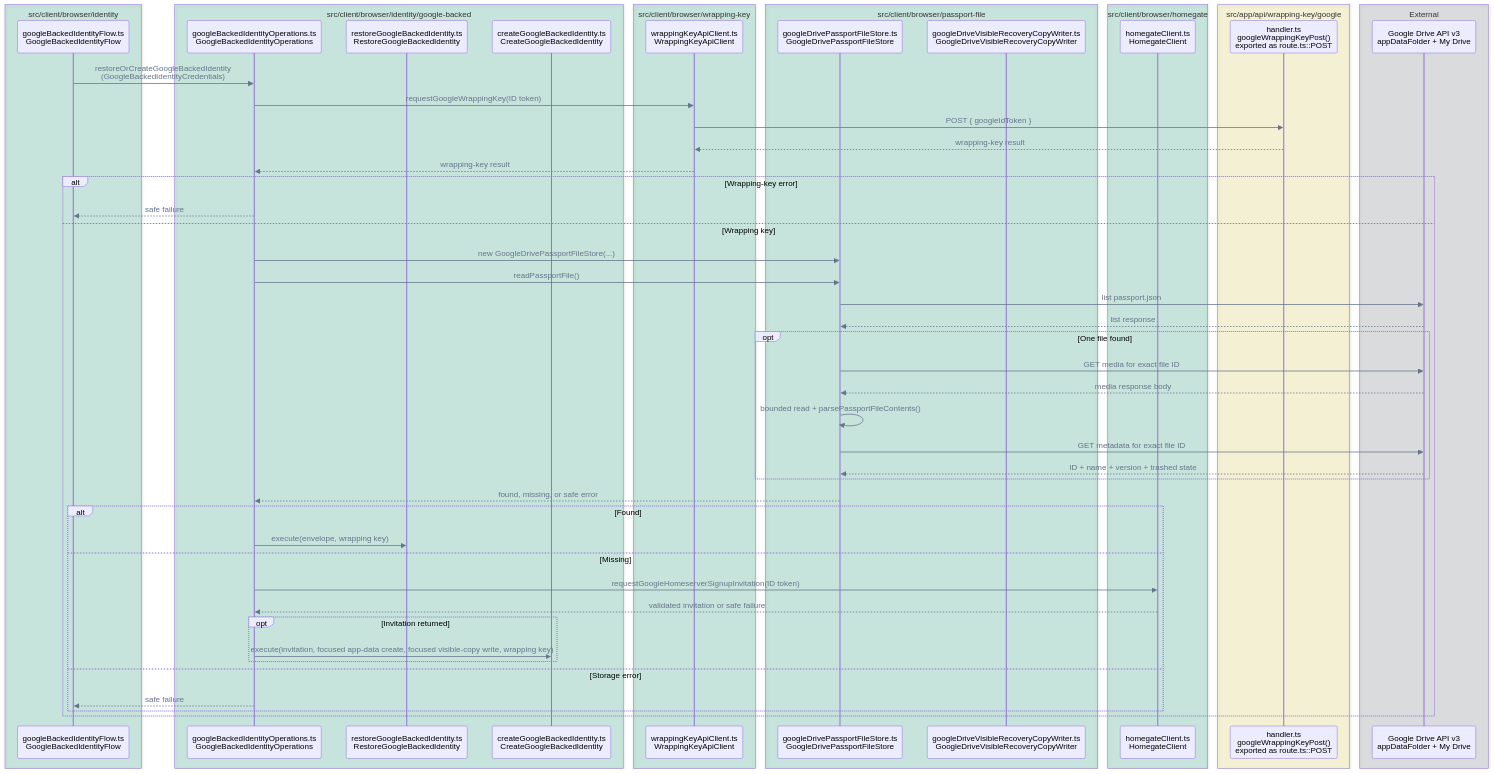
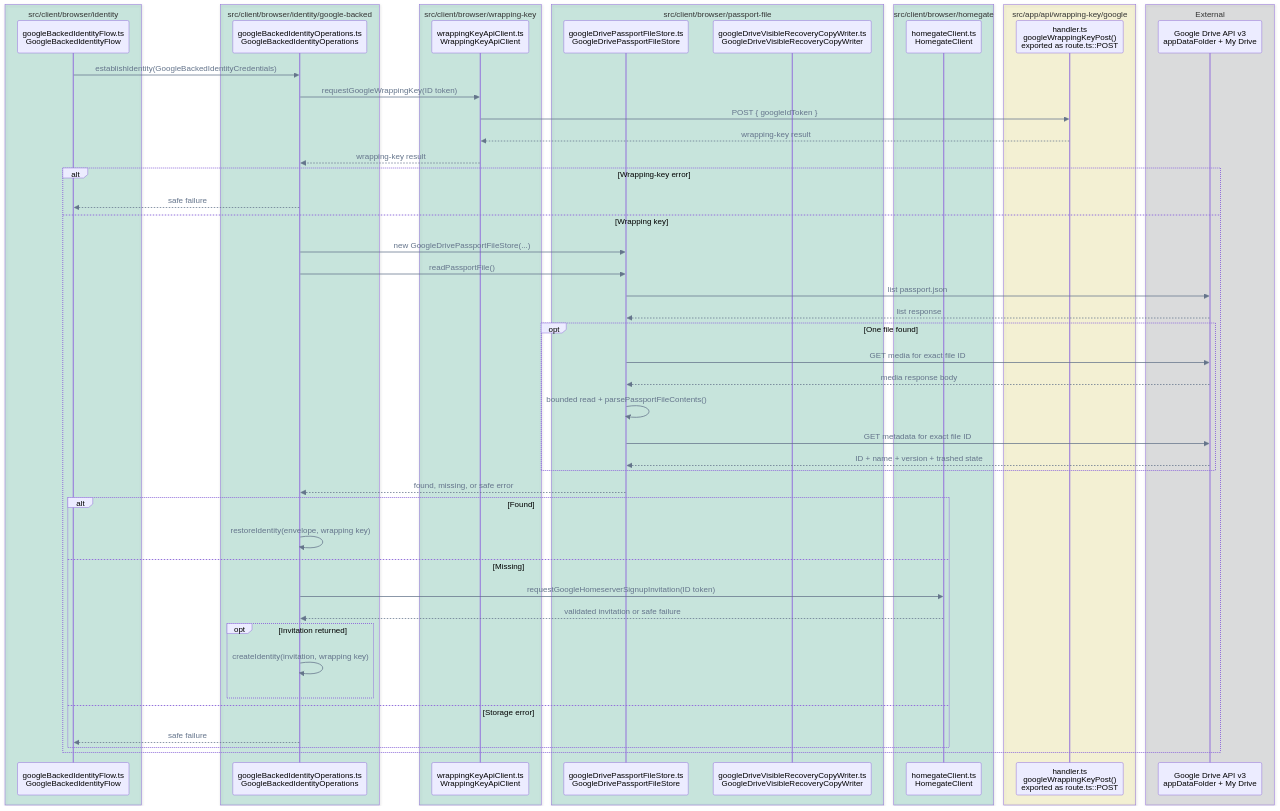
Before and after one commit to pubky/pubky-passport: the eighth of 14 diagrams in FLOWS.md, drawn with Mermaid. The commit also changed other lines of this file and 49 other files, not shown here.

Commit message:
refactor: simplify google backed identity flow and operations

````diff
--- a/FLOWS.md
+++ b/FLOWS.md
@@ -340,63 +340,61 @@
 ```mermaid
 %%{init: {"themeVariables": {"signalColor": "#64748B", "signalTextColor": "#64748B"}}}%%
 sequenceDiagram
     accTitle: Google-backed custody/recovery establishment call flow
     accDescr: GoogleBackedIdentityOperations requests a wrapping key, reads the Google Drive Passport file, and dispatches a found file to restore or requests a Homegate invitation before creating a missing identity, without passing the wrapping key to Drive storage.
     box rgba(0, 158, 115, 0.18) src/client/browser/identity
         participant GoogleFlow as googleBackedIdentityFlow.ts<br/>GoogleBackedIdentityFlow
     end
     box rgba(0, 158, 115, 0.18) src/client/browser/identity/google-backed
         participant Operations as googleBackedIdentityOperations.ts<br/>GoogleBackedIdentityOperations
-        participant Restore as restoreGoogleBackedIdentity.ts<br/>RestoreGoogleBackedIdentity
-        participant Creator as createGoogleBackedIdentity.ts<br/>CreateGoogleBackedIdentity
     end
     box rgba(0, 158, 115, 0.18) src/client/browser/wrapping-key
         participant Wrapping as wrappingKeyApiClient.ts<br/>WrappingKeyApiClient
     end
     box rgba(0, 158, 115, 0.18) src/client/browser/passport-file
         participant DriveStore as googleDrivePassportFileStore.ts<br/>GoogleDrivePassportFileStore
         participant VisibleWriter as googleDriveVisibleRecoveryCopyWriter.ts<br/>GoogleDriveVisibleRecoveryCopyWriter
     end
     box rgba(0, 158, 115, 0.18) src/client/browser/homegate
         participant Invite as homegateClient.ts<br/>HomegateClient
     end
     box rgba(240, 228, 66, 0.18) src/app/api/wrapping-key/google
         participant API as handler.ts<br/>googleWrappingKeyPost()<br/>exported as route.ts::POST
     end
     box rgba(17, 24, 39, 0.12) External
         participant Drive as Google Drive API v3<br/>appDataFolder + My Drive
     end
 
-    GoogleFlow->>Operations: restoreOrCreateGoogleBackedIdentity<br/>(GoogleBackedIdentityCredentials)
+    GoogleFlow->>Operations: establishIdentity(GoogleBackedIdentityCredentials)
     Operations->>Wrapping: requestGoogleWrappingKey(ID token)
     Wrapping->>API: POST { googleIdToken }
     API-->>Wrapping: wrapping-key result
     Wrapping-->>Operations: wrapping-key result
     alt Wrapping-key error
         Operations-->>GoogleFlow: safe failure
     else Wrapping key
         Operations->>DriveStore: new GoogleDrivePassportFileStore(...)
         Operations->>DriveStore: readPassportFile()
         DriveStore->>Drive: list passport.json
         Drive-->>DriveStore: list response
         opt One file found
             DriveStore->>Drive: GET media for exact file ID
             Drive-->>DriveStore: media response body
             DriveStore->>DriveStore: bounded read + parsePassportFileContents()
             DriveStore->>Drive: GET metadata for exact file ID
             Drive-->>DriveStore: ID + name + version + trashed state
         end
         DriveStore-->>Operations: found, missing, or safe error
         alt Found
-            Operations->>Restore: execute(envelope, wrapping key)
+            Operations->>Operations: restoreIdentity(envelope, wrapping key)
         else Missing
             Operations->>Invite: requestGoogleHomeserverSignupInvitation(ID token)
             Invite-->>Operations: validated invitation or safe failure
             opt Invitation returned
-                Operations->>Creator: execute(invitation, focused app-data create, focused visible-copy write, wrapping key)
+                Operations->>Operations: createIdentity(invitation, wrapping key)
             end
         else Storage error
             Operations-->>GoogleFlow: safe failure
         end
     end
 ```
````
